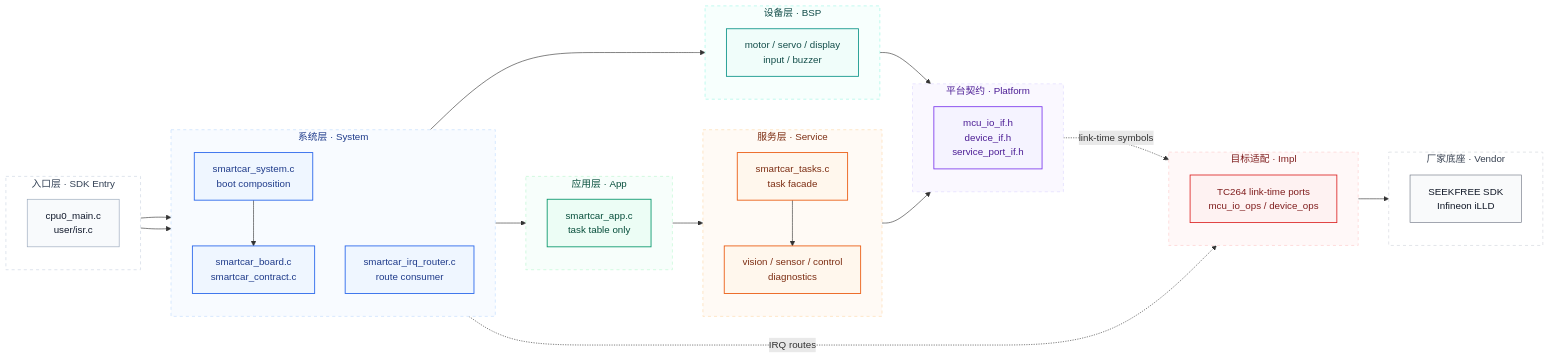
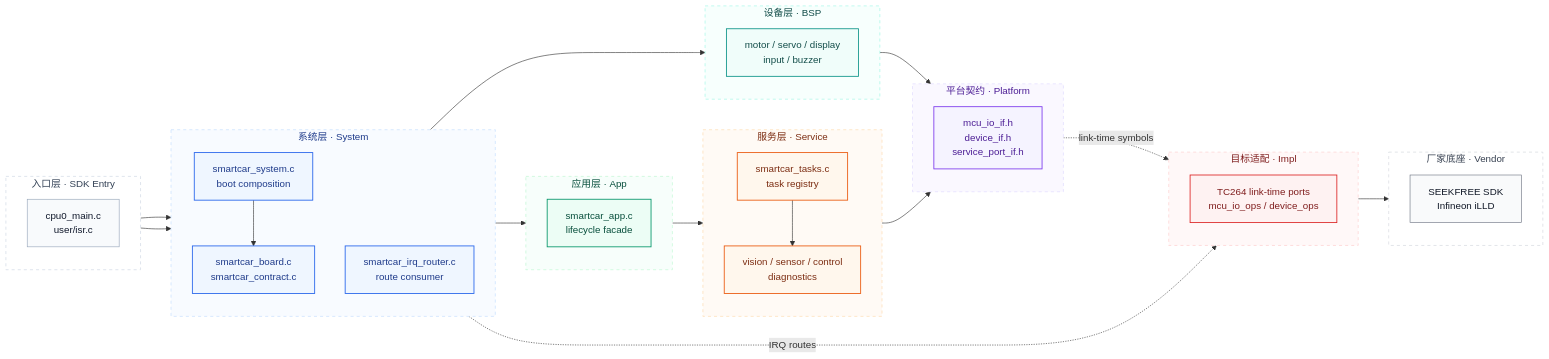
The first of 2 diagrams in README.md (ParacosmYy/GS_Smart_car), drawn with Mermaid before and after one commit. The commit also changed other lines of this file and 24 other files, not shown here.

````diff
--- a/README.md
+++ b/README.md
@@ -14,78 +14,78 @@
 ```mermaid
 flowchart LR
     subgraph L0["入口层 · SDK Entry"]
         direction TB
         ENTRY["cpu0_main.c<br/>user/isr.c"]
     end
 
     subgraph L1["系统层 · System"]
         direction TB
         RUNTIME["smartcar_system.c<br/>boot composition"]
         IRQ["smartcar_irq_router.c<br/>route consumer"]
         BOARD["smartcar_board.c<br/>smartcar_contract.c"]
     end
 
     subgraph L2["应用层 · App"]
         direction TB
-        APP["smartcar_app.c<br/>task table only"]
+        APP["smartcar_app.c<br/>lifecycle facade"]
     end
 
     subgraph L3["服务层 · Service"]
         direction TB
-        TASKS["smartcar_tasks.c<br/>task facade"]
+        TASKS["smartcar_tasks.c<br/>task registry"]
         SERVICE["vision / sensor / control<br/>diagnostics"]
     end
 
     subgraph L3B["设备层 · BSP"]
         direction TB
         BSP["motor / servo / display<br/>input / buzzer"]
     end
 
     subgraph L4["平台契约 · Platform"]
         direction TB
         PORT["mcu_io_if.h<br/>device_if.h<br/>service_port_if.h"]
     end
 
     subgraph L5["目标适配 · Impl"]
         direction TB
         TC264["TC264 link-time ports<br/>mcu_io_ops / device_ops"]
     end
 
     subgraph L6["厂家底座 · Vendor"]
         direction TB
         SDK["SEEKFREE SDK<br/>Infineon iLLD"]
     end
 
     ENTRY --> RUNTIME --> APP --> TASKS --> SERVICE --> PORT
     ENTRY --> IRQ
     RUNTIME --> BOARD --> BSP --> PORT
     PORT -. "link-time symbols" .-> TC264 --> SDK
     IRQ -. "IRQ routes" .-> TC264
 
     class ENTRY entry
     class RUNTIME,IRQ,BOARD system
     class APP app
     class TASKS,SERVICE service
     class BSP bsp
     class PORT platform
     class TC264 impl
     class SDK vendor
 
     classDef entry fill:#f8fafc,stroke:#94a3b8,color:#0f172a,stroke-width:1px;
     classDef system fill:#eff6ff,stroke:#2563eb,color:#1e3a8a,stroke-width:1.4px;
     classDef app fill:#ecfdf5,stroke:#059669,color:#064e3b,stroke-width:1.4px;
     classDef service fill:#fff7ed,stroke:#ea580c,color:#7c2d12,stroke-width:1.4px;
     classDef bsp fill:#f0fdfa,stroke:#0d9488,color:#134e4a,stroke-width:1.4px;
     classDef platform fill:#f5f3ff,stroke:#7c3aed,color:#4c1d95,stroke-width:1.4px;
     classDef impl fill:#fef2f2,stroke:#dc2626,color:#7f1d1d,stroke-width:1.4px;
     classDef vendor fill:#f9fafb,stroke:#6b7280,color:#111827,stroke-width:1px;
 
     style L0 fill:#ffffff,stroke:#cbd5e1,stroke-dasharray:5 5,color:#334155;
     style L1 fill:#f8fbff,stroke:#bfdbfe,stroke-dasharray:5 5,color:#1e3a8a;
     style L2 fill:#f7fefb,stroke:#bbf7d0,stroke-dasharray:5 5,color:#064e3b;
     style L3 fill:#fffaf5,stroke:#fed7aa,stroke-dasharray:5 5,color:#7c2d12;
     style L3B fill:#f7fffd,stroke:#99f6e4,stroke-dasharray:5 5,color:#134e4a;
     style L4 fill:#faf8ff,stroke:#ddd6fe,stroke-dasharray:5 5,color:#4c1d95;
     style L5 fill:#fff8f8,stroke:#fecaca,stroke-dasharray:5 5,color:#7f1d1d;
     style L6 fill:#ffffff,stroke:#d1d5db,stroke-dasharray:5 5,color:#374151;
 ```
````
